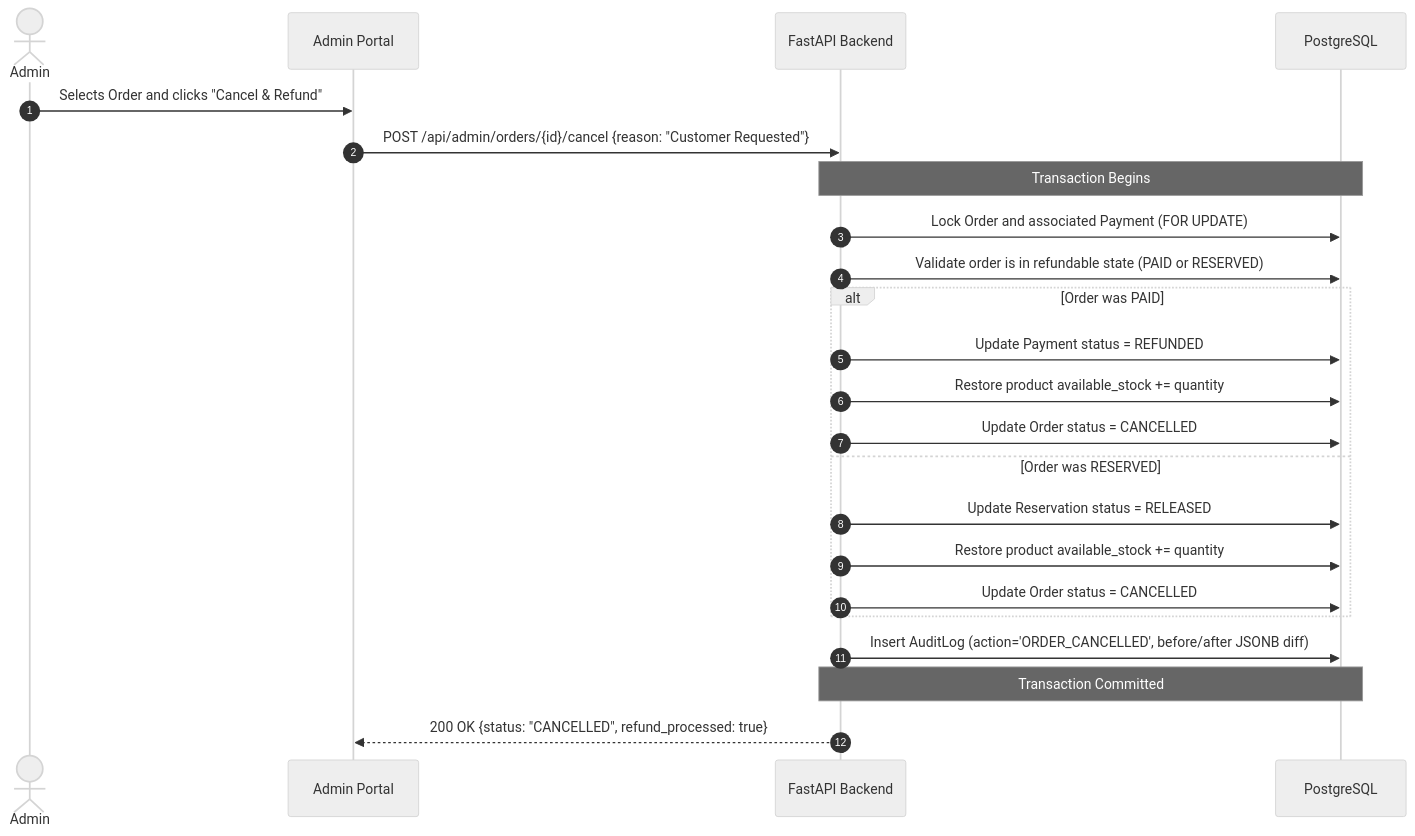
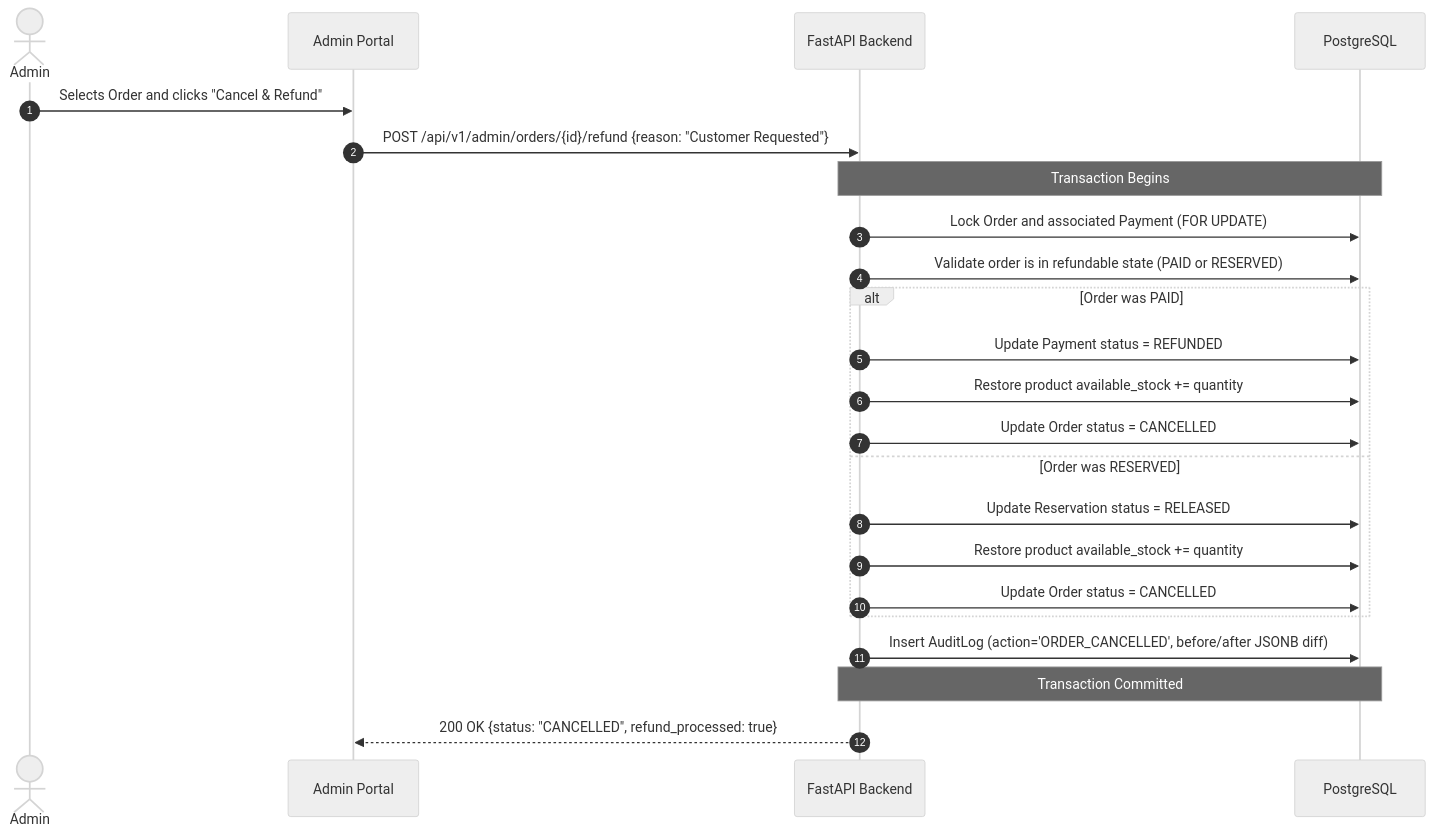
Diagram 17 of 22 in README.md (arudkumaran19/pos-ecommerce-systems), drawn with Mermaid (neutral theme) before and after one commit. The commit also changed other lines of this file, not shown here.

````diff
--- a/README.md
+++ b/README.md
@@ -850,26 +880,26 @@
 ```mermaid
 sequenceDiagram
     autonumber
     actor Admin
     participant UI as Admin Portal
     participant API as FastAPI Backend
     participant DB as PostgreSQL
 
     Admin->>UI: Selects Order and clicks "Cancel & Refund"
-    UI->>API: POST /api/admin/orders/{id}/cancel {reason: "Customer Requested"}
+    UI->>API: POST /api/v1/admin/orders/{id}/refund {reason: "Customer Requested"}
     Note over API,DB: Transaction Begins
     API->>DB: Lock Order and associated Payment (FOR UPDATE)
     API->>DB: Validate order is in refundable state (PAID or RESERVED)
     alt Order was PAID
         API->>DB: Update Payment status = REFUNDED
         API->>DB: Restore product available_stock += quantity
         API->>DB: Update Order status = CANCELLED
     else Order was RESERVED
         API->>DB: Update Reservation status = RELEASED
         API->>DB: Restore product available_stock += quantity
         API->>DB: Update Order status = CANCELLED
     end
     API->>DB: Insert AuditLog (action='ORDER_CANCELLED', before/after JSONB diff)
     Note over API,DB: Transaction Committed
     API-->>UI: 200 OK {status: "CANCELLED", refund_processed: true}
 ```
````
